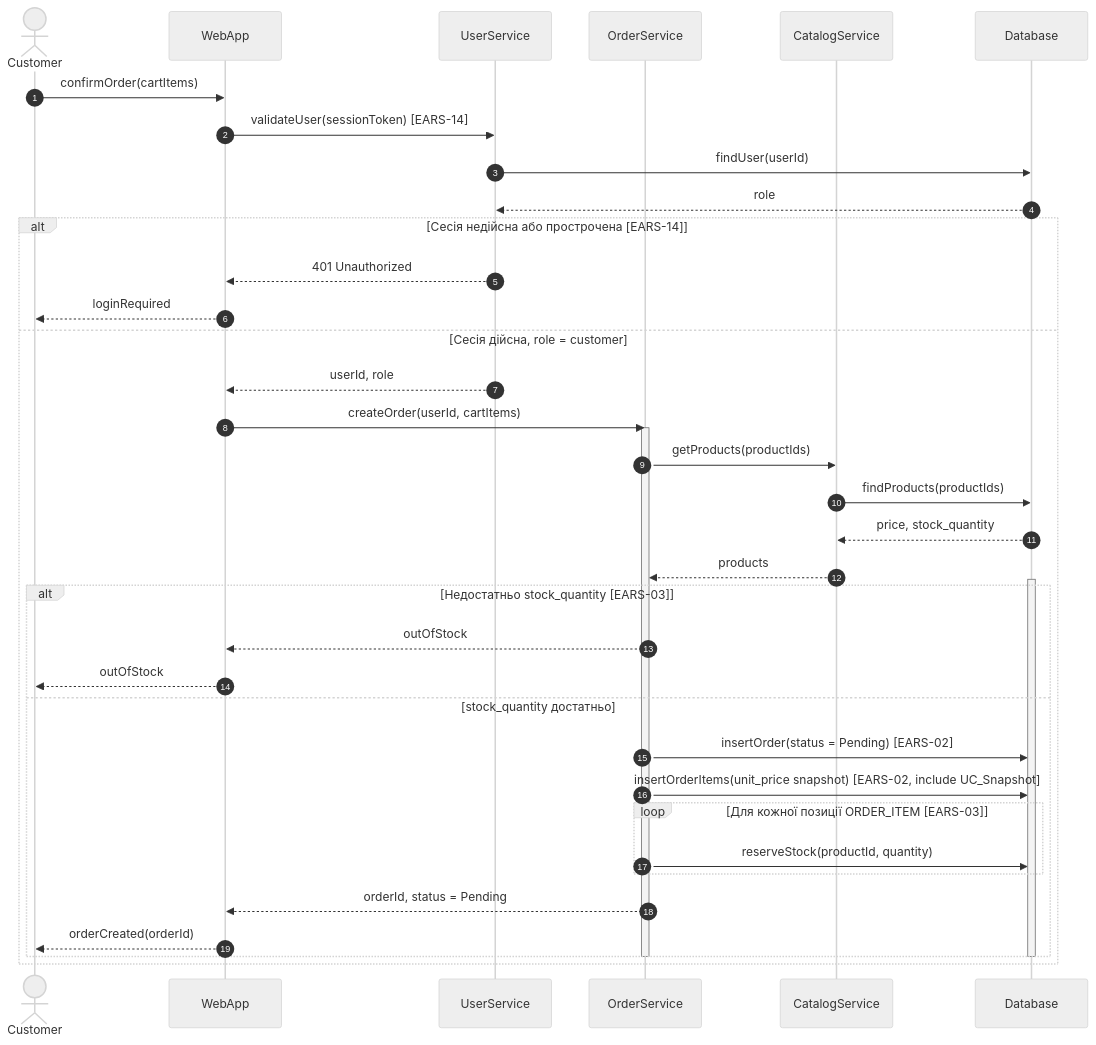
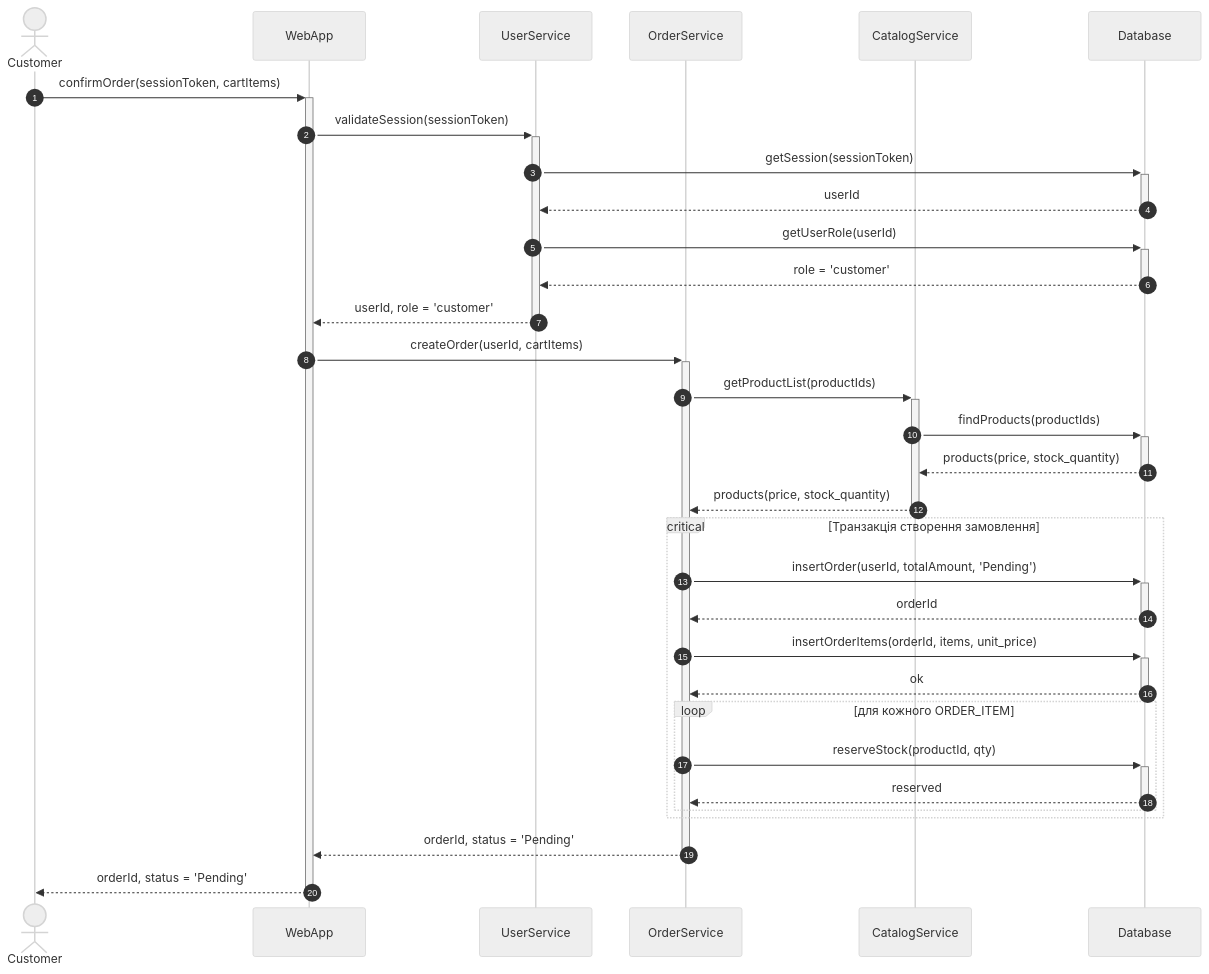
The first of 4 diagrams in task-3/sequence.md (Stefect/Modeling-and-Analysis-of-Software-Requirements), drawn with Mermaid (neutral theme) before and after one commit. The commit also changed other lines of this file and 6 other files, not shown here.

Commit message:
Оновив специфікацію та діаграми для оформлення замовлення: додано нові діаграми для сценаріїв US-01 і US-02, уточнив правила активації учасників, створив новий документ ADR для чотирьох діаграм за Gherkin-сценаріями.

````diff
--- a/task-3/sequence.md
+++ b/task-3/sequence.md
@@ -11,42 +18,35 @@
 ```mermaid
 sequenceDiagram
     autonumber
     actor Customer
     participant WebApp
     participant UserService
     participant OrderService
     participant CatalogService
     participant Database
 
-    Customer->>WebApp: confirmOrder(cartItems)
-    WebApp->>UserService: validateUser(sessionToken) [EARS-14]
-    UserService->>Database: findUser(userId)
-    Database-->>UserService: role
-    alt Сесія недійсна або прострочена [EARS-14]
-        UserService-->>WebApp: 401 Unauthorized
-        WebApp-->>Customer: loginRequired
-    else Сесія дійсна, role = customer
-        UserService-->>WebApp: userId, role
-        WebApp->>OrderService: createOrder(userId, cartItems)
-        activate OrderService
-        OrderService->>CatalogService: getProducts(productIds)
-        CatalogService->>Database: findProducts(productIds)
-        Database-->>CatalogService: price, stock_quantity
-        CatalogService-->>OrderService: products
-        activate Database
-        alt Недостатньо stock_quantity [EARS-03]
-            OrderService-->>WebApp: outOfStock
-            WebApp-->>Customer: outOfStock
-        else stock_quantity достатньо
-            OrderService->>Database: insertOrder(status = Pending) [EARS-02]
-            OrderService->>Database: insertOrderItems(unit_price snapshot) [EARS-02, include UC_Snapshot]
-            loop Для кожної позиції ORDER_ITEM [EARS-03]
-                OrderService->>Database: reserveStock(productId, quantity)
-            end
-            OrderService-->>WebApp: orderId, status = Pending
-            WebApp-->>Customer: orderCreated(orderId)
+    Customer->>+WebApp: confirmOrder(sessionToken, cartItems)
+    WebApp->>+UserService: validateSession(sessionToken)
+    UserService->>+Database: getSession(sessionToken)
+    Database-->>-UserService: userId
+    UserService->>+Database: getUserRole(userId)
+    Database-->>-UserService: role = 'customer'
+    UserService-->>-WebApp: userId, role = 'customer'
+    WebApp->>+OrderService: createOrder(userId, cartItems)
+    OrderService->>+CatalogService: getProductList(productIds)
+    CatalogService->>+Database: findProducts(productIds)
+    Database-->>-CatalogService: products(price, stock_quantity)
+    CatalogService-->>-OrderService: products(price, stock_quantity)
+    critical Транзакція створення замовлення
+        OrderService->>+Database: insertOrder(userId, totalAmount, 'Pending')
+        Database-->>-OrderService: orderId
+        OrderService->>+Database: insertOrderItems(orderId, items, unit_price)
+        Database-->>-OrderService: ok
+        loop для кожного ORDER_ITEM
+            OrderService->>+Database: reserveStock(productId, qty)
+            Database-->>-OrderService: reserved
         end
-        deactivate Database
-        deactivate OrderService
     end
+    OrderService-->>-WebApp: orderId, status = 'Pending'
+    WebApp-->>-Customer: orderId, status = 'Pending'
 ```
````
